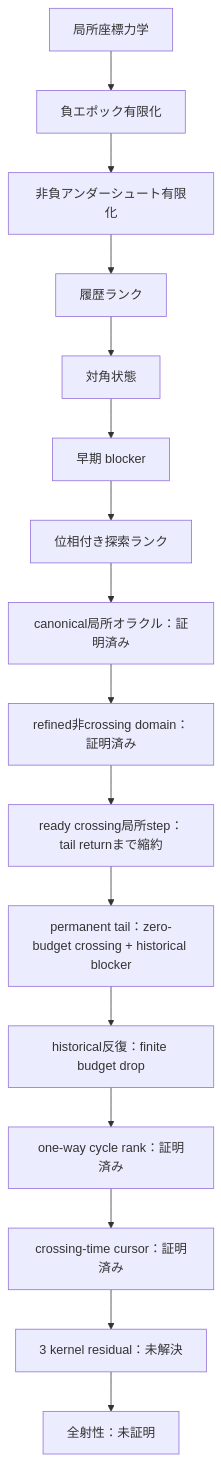
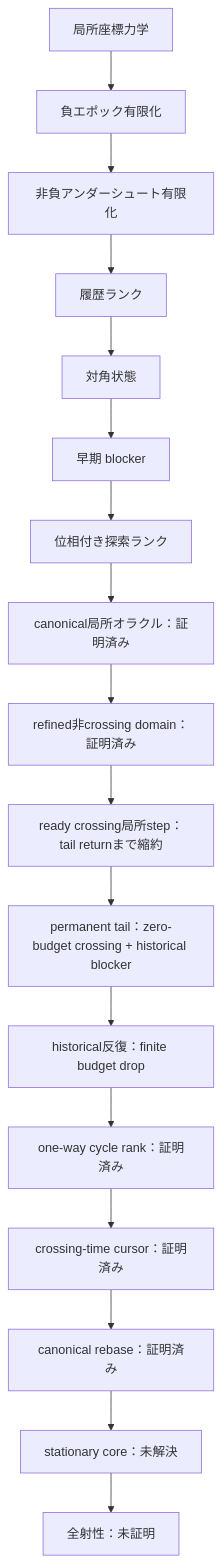
One commit to hirokidaichi/recaman-lean-research changed the diagram in README.md. Above: the diagram before and after it, drawn with Mermaid. The commit also changed other lines of this file and 9 other files, not shown here.

````diff
--- a/README.md
+++ b/README.md
@@ -95,18 +100,19 @@
 ```mermaid
 flowchart TD
     A["局所座標力学"] --> B["負エポック有限化"]
     B --> C["非負アンダーシュート有限化"]
     C --> D["履歴ランク"]
     D --> E["対角状態"]
     E --> F["早期 blocker"]
     F --> G["位相付き探索ランク"]
     G --> H["canonical局所オラクル：証明済み"]
     H --> I["refined非crossing domain：証明済み"]
     I --> J["ready crossing局所step：tail returnまで縮約"]
     J --> K["permanent tail：zero-budget crossing + historical blocker"]
     K --> L["historical反復：finite budget drop"]
     L --> M["one-way cycle rank：証明済み"]
     M --> N["crossing-time cursor：証明済み"]
-    N --> O["3 kernel residual：未解決"]
-    O --> P["全射性：未証明"]
+    N --> O["canonical rebase：証明済み"]
+    O --> P["stationary core：未解決"]
+    P --> Q["全射性：未証明"]
 ```
````
